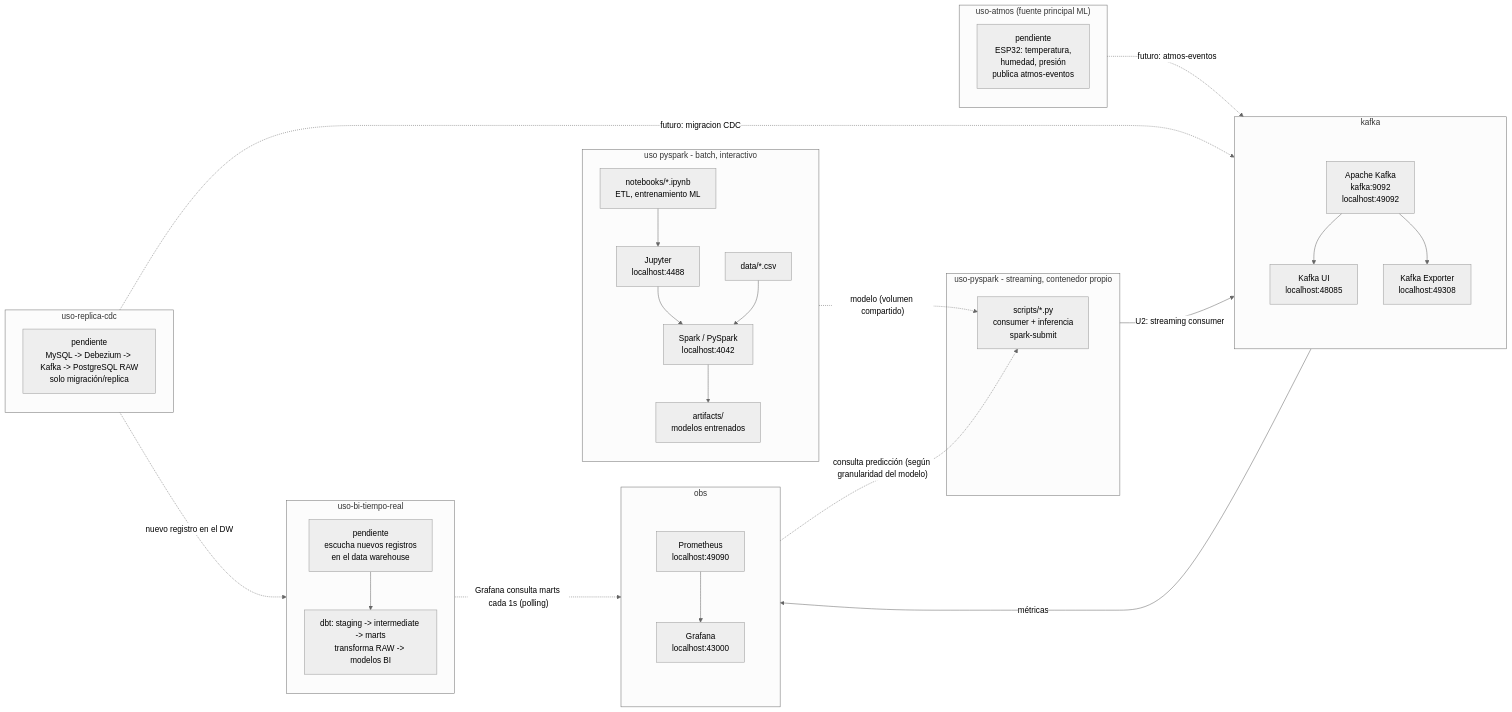
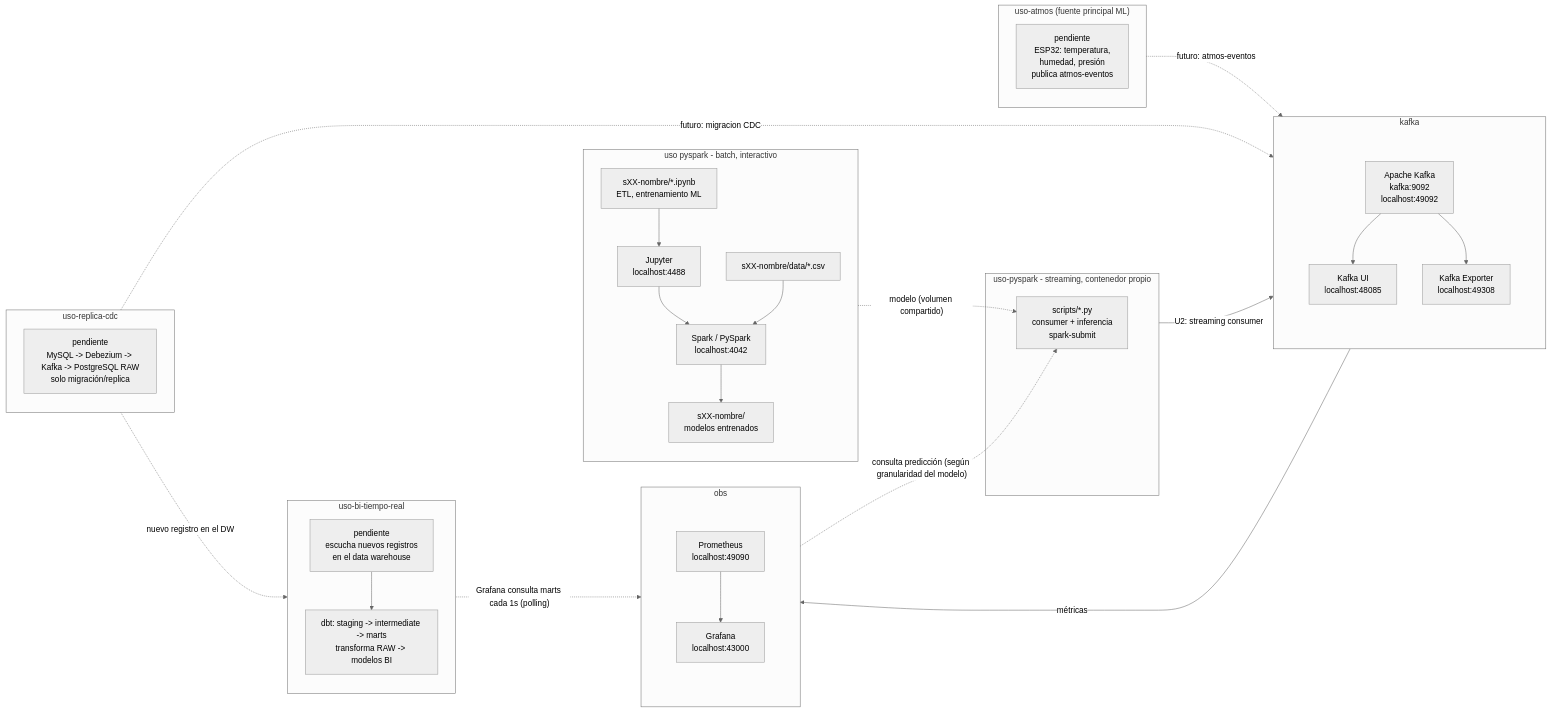
One commit to 262bigdata/lambda26 changed the second of 2 diagrams in docs/index.md. Above: the diagram before and after it, drawn with Mermaid (neutral theme). The commit also changed other lines of this file and 27 other files, not shown here.

````diff
--- a/docs/index.md
+++ b/docs/index.md
@@ -115,67 +115,67 @@
 ```mermaid
 flowchart LR
     subgraph PySparkModule["uso pyspark - batch, interactivo"]
         direction TB
-        Notebooks["notebooks/*.ipynb<br/>ETL, entrenamiento ML"]
+        Notebooks["sXX-nombre/*.ipynb<br/>ETL, entrenamiento ML"]
         Jupyter["Jupyter<br/>localhost:4488"]
         Spark["Spark / PySpark<br/>localhost:4042"]
-        Data["data/*.csv"]
-        Artifacts["artifacts/<br/>modelos entrenados"]
+        Data["sXX-nombre/data/*.csv"]
+        Artifacts["sXX-nombre/<br/>modelos entrenados"]
         Notebooks --> Jupyter --> Spark
         Data --> Spark --> Artifacts
     end
 
     subgraph StreamingModule["uso-pyspark - streaming, contenedor propio"]
         Scripts["scripts/*.py<br/>consumer + inferencia<br/>spark-submit"]
     end
 
     Artifacts -.->|"modelo (volumen compartido)"| Scripts
 
     subgraph UseIoT["uso-atmos (fuente principal ML)"]
         IoT["pendiente<br/>ESP32: temperatura,<br/>humedad, presión<br/>publica atmos-eventos"]
     end
 
     subgraph UseCDC["uso-replica-cdc"]
         CDC["pendiente<br/>MySQL -> Debezium -> Kafka -> PostgreSQL RAW<br/>solo migración/replica"]
     end
 
     subgraph UseBITR["uso-bi-tiempo-real"]
         direction TB
         Listener["pendiente<br/>escucha nuevos registros<br/>en el data warehouse"]
         DBT["dbt: staging -> intermediate -> marts<br/>transforma RAW -> modelos BI"]
         Listener --> DBT
     end
 
     subgraph KafkaModule["kafka"]
         direction TB
         subgraph KafkaStack[" "]
             direction TB
             Kafka["Apache Kafka<br/>kafka:9092<br/>localhost:49092"]
             KafkaUI["Kafka UI<br/>localhost:48085"]
             KafkaExporter["Kafka Exporter<br/>localhost:49308"]
             Kafka --> KafkaUI
             Kafka --> KafkaExporter
         end
     end
 
     subgraph ObsModule["obs"]
         direction TB
         subgraph ObsStack[" "]
             direction TB
             Prometheus["Prometheus<br/>localhost:49090"]
             Grafana["Grafana<br/>localhost:43000"]
             Prometheus --> Grafana
         end
     end
 
     StreamingModule -->|"U2: streaming consumer"| Kafka
     UseIoT -. "futuro: atmos-eventos" .-> Kafka
     UseCDC -. "futuro: migracion CDC" .-> Kafka
     UseCDC -. "nuevo registro en el DW" .-> UseBITR
     DBT -. "Grafana consulta marts cada 1s (polling)" .-> Grafana
     Grafana -. "consulta predicción (según granularidad del modelo)" .-> Scripts
     KafkaExporter -->|"métricas"| Prometheus
 
     style KafkaStack fill:transparent,stroke:transparent,color:transparent
     style ObsStack fill:transparent,stroke:transparent,color:transparent
 ```
````
